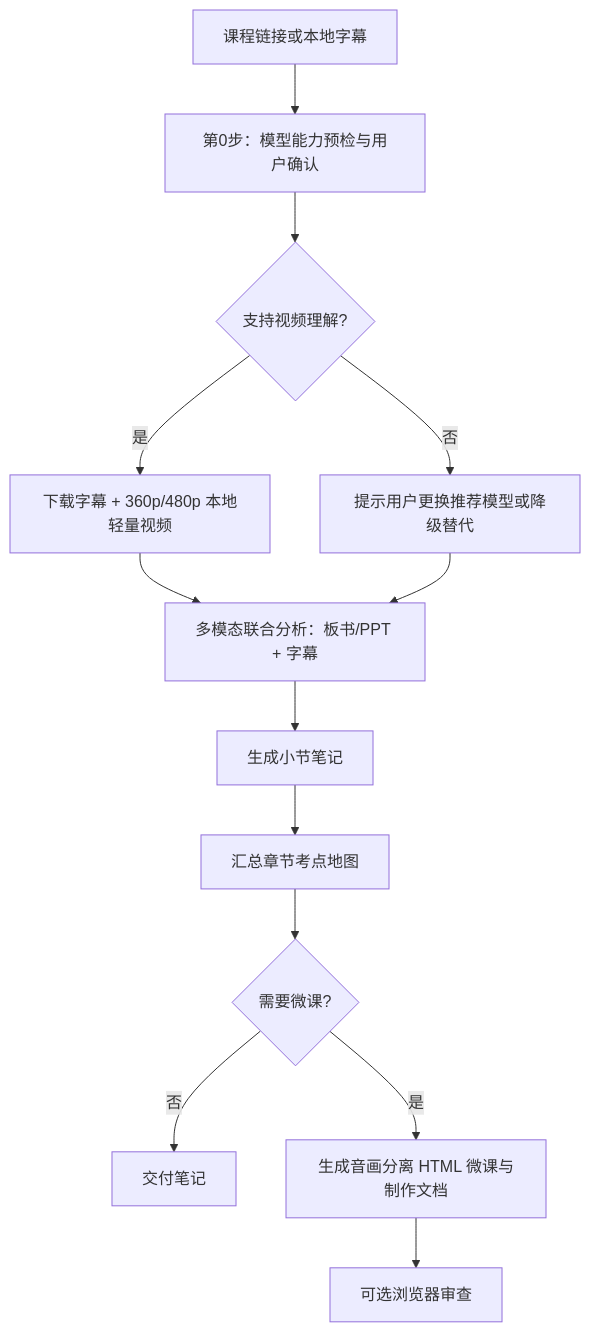
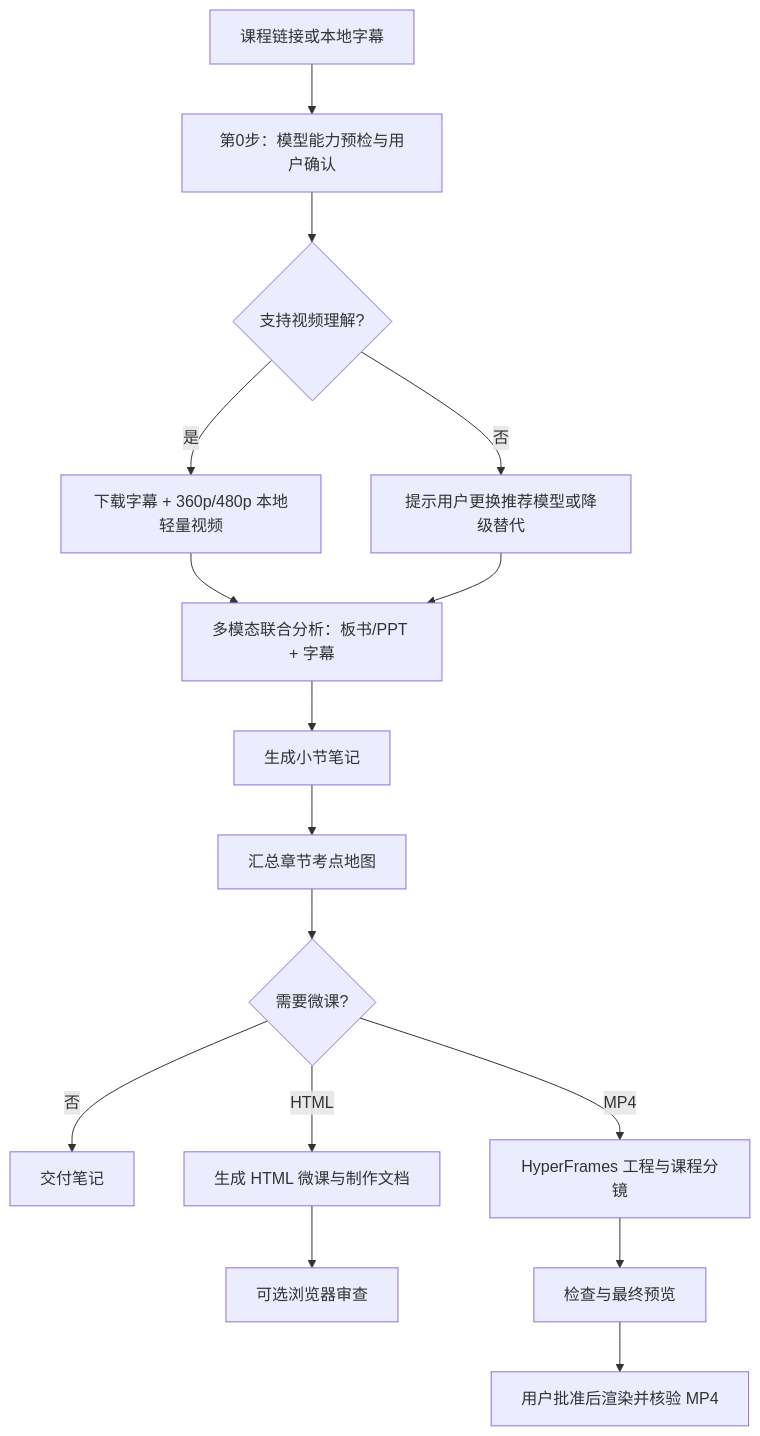
One commit to JiaMingWang-CN/course-notes changed the diagram in README.md. Above: the diagram before and after it, drawn with Mermaid. The commit also changed other lines of this file and 1 other file, not shown here.

Commit message:
feat: add HyperFrames MP4 render mode via --render-video

````diff
--- a/README.md
+++ b/README.md
@@ -66,15 +66,18 @@
 ```mermaid
 flowchart TD
     A[课程链接或本地字幕] --> B[第0步：模型能力预检与用户确认]
     B --> C{支持视频理解?}
     C -- 是 --> D1[下载字幕 + 360p/480p 本地轻量视频]
     C -- 否 --> D2[提示用户更换推荐模型或降级替代]
     D1 --> E[多模态联合分析：板书/PPT + 字幕]
     D2 --> E
     E --> F[生成小节笔记]
     F --> G[汇总章节考点地图]
     G --> H{需要微课?}
     H -- 否 --> I[交付笔记]
-    H -- 是 --> J[生成音画分离 HTML 微课与制作文档]
+    H -- HTML --> J[生成 HTML 微课与制作文档]
     J --> K[可选浏览器审查]
+    H -- MP4 --> L[HyperFrames 工程与课程分镜]
+    L --> M[检查与最终预览]
+    M --> N[用户批准后渲染并核验 MP4]
 ```
````
